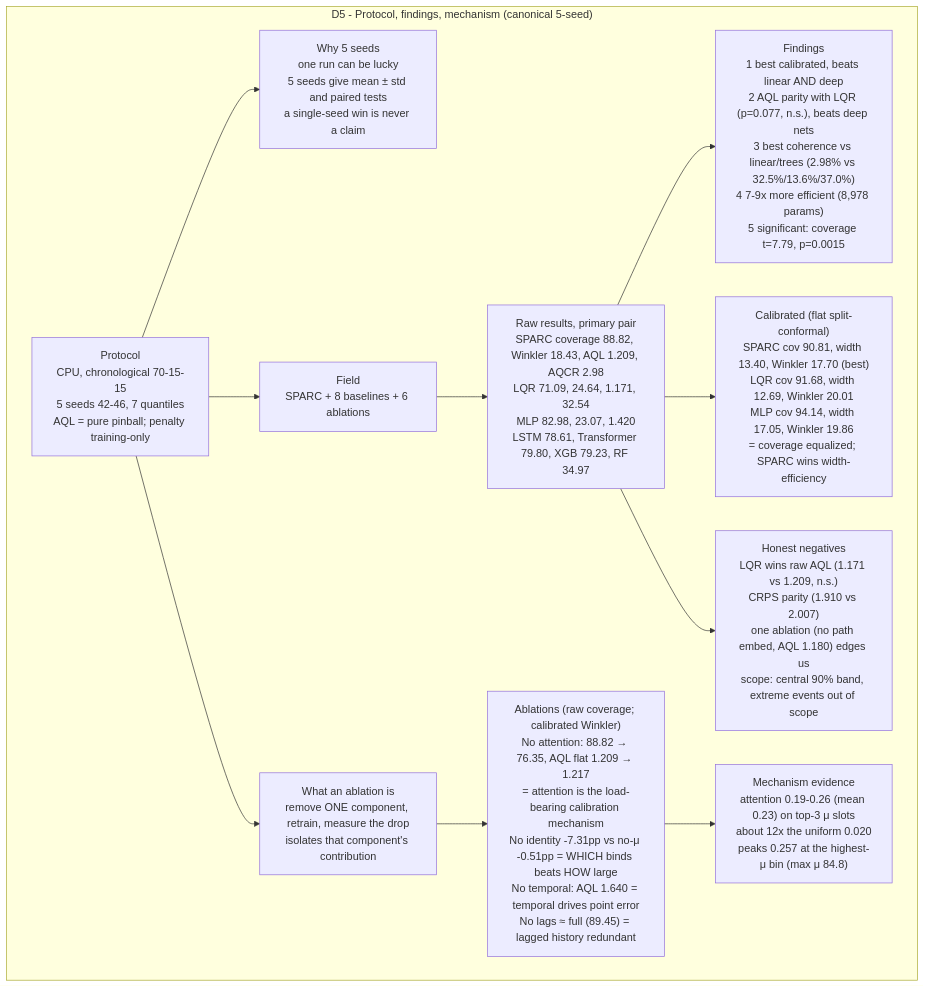
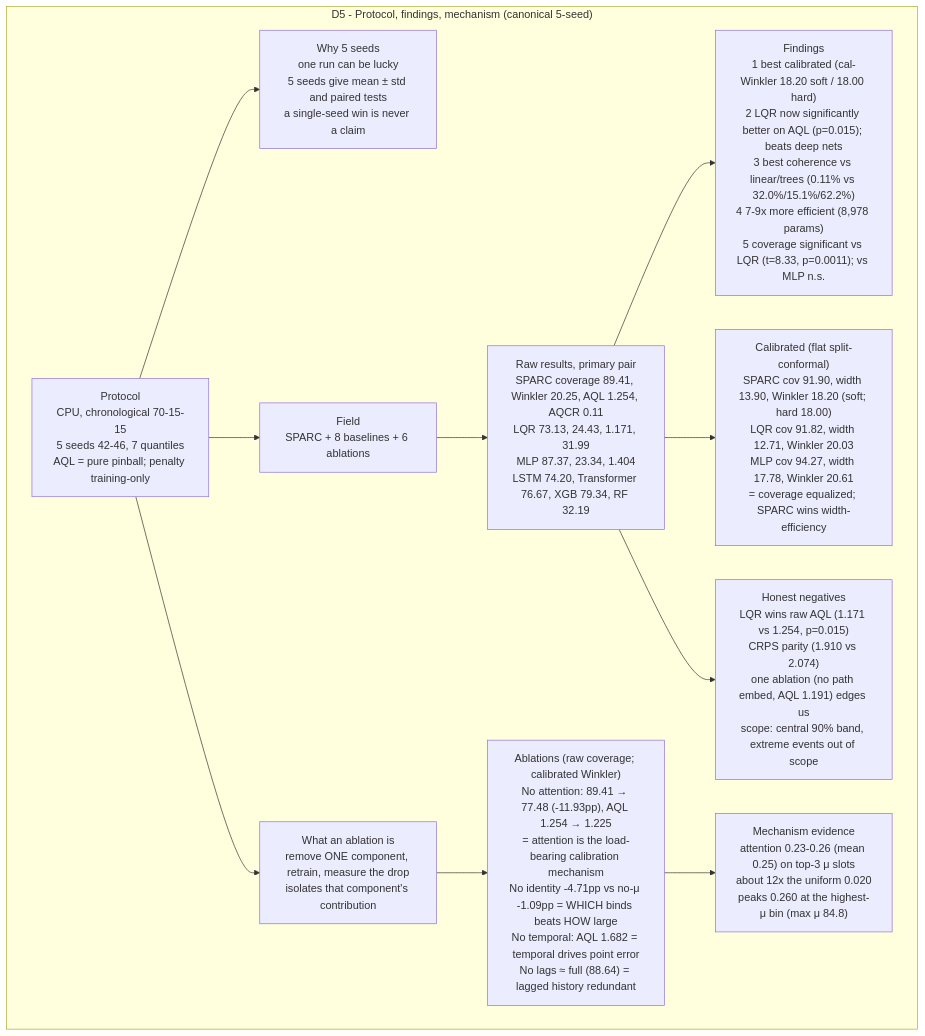
Before and after one commit to L1ZLe/ercot-casp-paper: the diagram in docs/explanation/07-sparc-full-06-G_D5.mmd, drawn with Mermaid. The commit also changed 41 other files, not shown here.

```diff
--- a/docs/explanation/07-sparc-full-06-G_D5.mmd
+++ b/docs/explanation/07-sparc-full-06-G_D5.mmd
@@ -1,12 +1,12 @@
 flowchart TD
 subgraph G_D5["D5 - Protocol, findings, mechanism (canonical 5-seed)"]
     PROTO["Protocol<br/>CPU, chronological 70-15-15<br/>5 seeds 42-46, 7 quantiles<br/>AQL = pure pinball; penalty training-only"] --> WHY5["Why 5 seeds<br/>one run can be lucky<br/>5 seeds give mean ± std and paired tests<br/>a single-seed win is never a claim"]
     PROTO --> ABLWHAT["What an ablation is<br/>remove ONE component, retrain, measure the drop<br/>isolates that component's contribution"]
     PROTO --> FIELD["Field<br/>SPARC + 8 baselines + 6 ablations"]
-    FIELD --> RESULTS["Raw results, primary pair<br/>SPARC coverage 88.82, Winkler 18.43, AQL 1.209, AQCR 2.98<br/>LQR 71.09, 24.64, 1.171, 32.54<br/>MLP 82.98, 23.07, 1.420<br/>LSTM 78.61, Transformer 79.80, XGB 79.23, RF 34.97"]
-    RESULTS --> WINS["Findings<br/>1 best calibrated, beats linear AND deep<br/>2 AQL parity with LQR (p=0.077, n.s.), beats deep nets<br/>3 best coherence vs linear/trees (2.98% vs 32.5%/13.6%/37.0%)<br/>4 7-9x more efficient (8,978 params)<br/>5 significant: coverage t=7.79, p=0.0015"]
-    RESULTS --> CAL["Calibrated (flat split-conformal)<br/>SPARC cov 90.81, width 13.40, Winkler 17.70 (best)<br/>LQR cov 91.68, width 12.69, Winkler 20.01<br/>MLP cov 94.14, width 17.05, Winkler 19.86<br/>= coverage equalized; SPARC wins width-efficiency"]
-    RESULTS --> HONEST["Honest negatives<br/>LQR wins raw AQL (1.171 vs 1.209, n.s.)<br/>CRPS parity (1.910 vs 2.007)<br/>one ablation (no path embed, AQL 1.180) edges us<br/>scope: central 90% band, extreme events out of scope"]
-    ABLWHAT --> ABLTAB["Ablations (raw coverage; calibrated Winkler)<br/>No attention: 88.82 → 76.35, AQL flat 1.209 → 1.217<br/>= attention is the load-bearing calibration mechanism<br/>No identity -7.31pp vs no-μ -0.51pp = WHICH binds beats HOW large<br/>No temporal: AQL 1.640 = temporal drives point error<br/>No lags ≈ full (89.45) = lagged history redundant"]
-    ABLTAB --> ATTN_D5["Mechanism evidence<br/>attention 0.19-0.26 (mean 0.23) on top-3 μ slots<br/>about 12x the uniform 0.020<br/>peaks 0.257 at the highest-μ bin (max μ 84.8)"]
+    FIELD --> RESULTS["Raw results, primary pair<br/>SPARC coverage 89.41, Winkler 20.25, AQL 1.254, AQCR 0.11<br/>LQR 73.13, 24.43, 1.171, 31.99<br/>MLP 87.37, 23.34, 1.404<br/>LSTM 74.20, Transformer 76.67, XGB 79.34, RF 32.19"]
+    RESULTS --> WINS["Findings<br/>1 best calibrated (cal-Winkler 18.20 soft / 18.00 hard)<br/>2 LQR now significantly better on AQL (p=0.015); beats deep nets<br/>3 best coherence vs linear/trees (0.11% vs 32.0%/15.1%/62.2%)<br/>4 7-9x more efficient (8,978 params)<br/>5 coverage significant vs LQR (t=8.33, p=0.0011); vs MLP n.s."]
+    RESULTS --> CAL["Calibrated (flat split-conformal)<br/>SPARC cov 91.90, width 13.90, Winkler 18.20 (soft; hard 18.00)<br/>LQR cov 91.82, width 12.71, Winkler 20.03<br/>MLP cov 94.27, width 17.78, Winkler 20.61<br/>= coverage equalized; SPARC wins width-efficiency"]
+    RESULTS --> HONEST["Honest negatives<br/>LQR wins raw AQL (1.171 vs 1.254, p=0.015)<br/>CRPS parity (1.910 vs 2.074)<br/>one ablation (no path embed, AQL 1.191) edges us<br/>scope: central 90% band, extreme events out of scope"]
+    ABLWHAT --> ABLTAB["Ablations (raw coverage; calibrated Winkler)<br/>No attention: 89.41 → 77.48 (-11.93pp), AQL 1.254 → 1.225<br/>= attention is the load-bearing calibration mechanism<br/>No identity -4.71pp vs no-μ -1.09pp = WHICH binds beats HOW large<br/>No temporal: AQL 1.682 = temporal drives point error<br/>No lags ≈ full (88.64) = lagged history redundant"]
+    ABLTAB --> ATTN_D5["Mechanism evidence<br/>attention 0.23-0.26 (mean 0.25) on top-3 μ slots<br/>about 12x the uniform 0.020<br/>peaks 0.260 at the highest-μ bin (max μ 84.8)"]
   end
```
